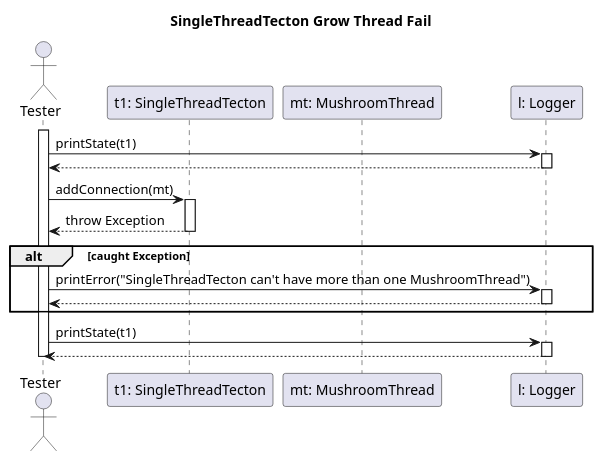
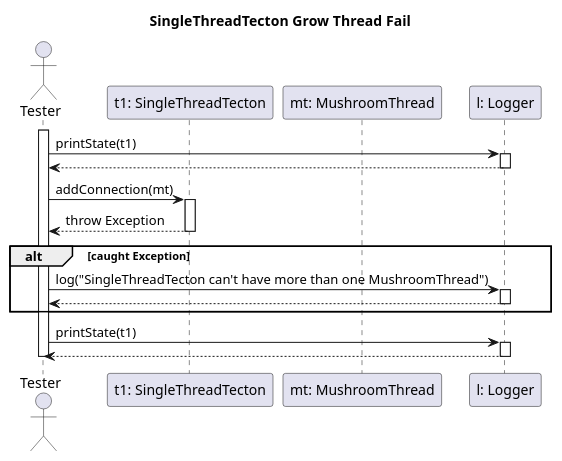
One commit to dzsem/projlab changed the diagram in diagrams/test-sequence/singleThreadTectonGrowThreadFail.puml. Above: the diagram before and after it, drawn with PlantUML. The commit also changed 6 other files, not shown here.

```diff
--- a/diagrams/test-sequence/singleThreadTectonGrowThreadFail.puml
+++ b/diagrams/test-sequence/singleThreadTectonGrowThreadFail.puml
@@ -1,39 +1,39 @@
 @startuml tectonGrowThreadTest
 
 title SingleThreadTecton Grow Thread Fail
 
 actor "Tester" as tst
 participant "t1: SingleThreadTecton" as t1
 participant "mt: MushroomThread" as mt
 participant "l: Logger" as l
 
 activate tst
 
 tst -> l: printState(t1)
 activate l
 tst <-- l
 deactivate l
 
 tst -> t1: addConnection(mt)
 activate t1
 
 tst <-- t1: throw Exception
 deactivate t1
 
 alt caught Exception
-    tst -> l: printError("SingleThreadTecton can't have more than one MushroomThread")
+    tst -> l: log("SingleThreadTecton can't have more than one MushroomThread")
     activate l
     tst <-- l
     deactivate l    
 end
 
 
 
 tst -> l: printState(t1)
 activate l
 tst <-- l
 deactivate l
 
 deactivate tst
 
 @enduml
```
